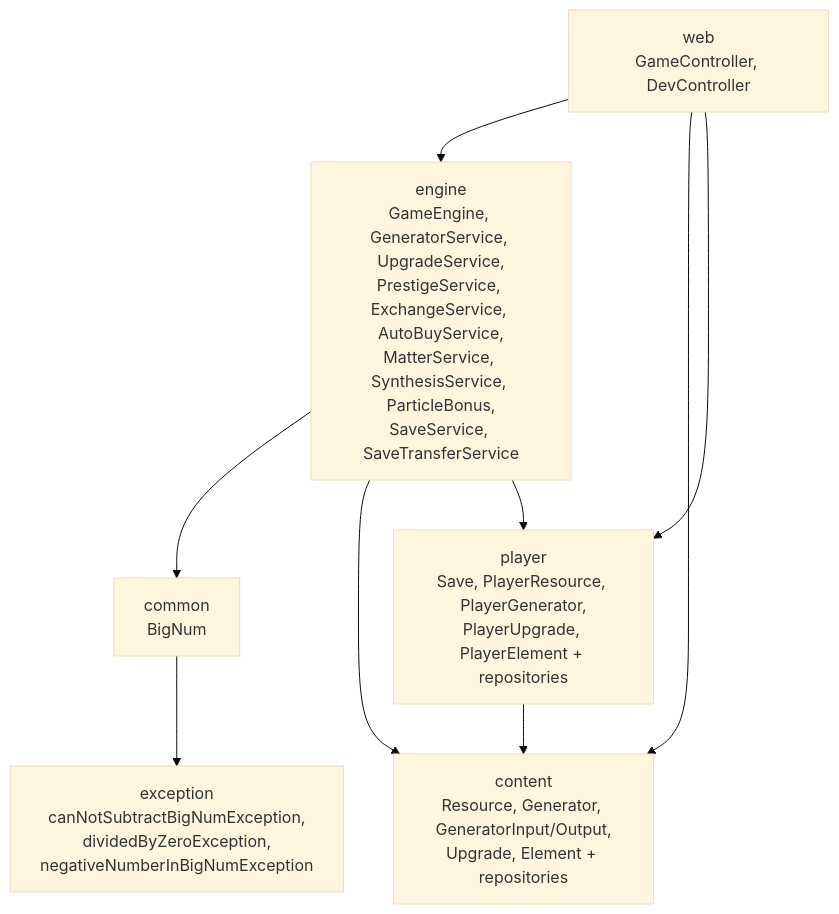
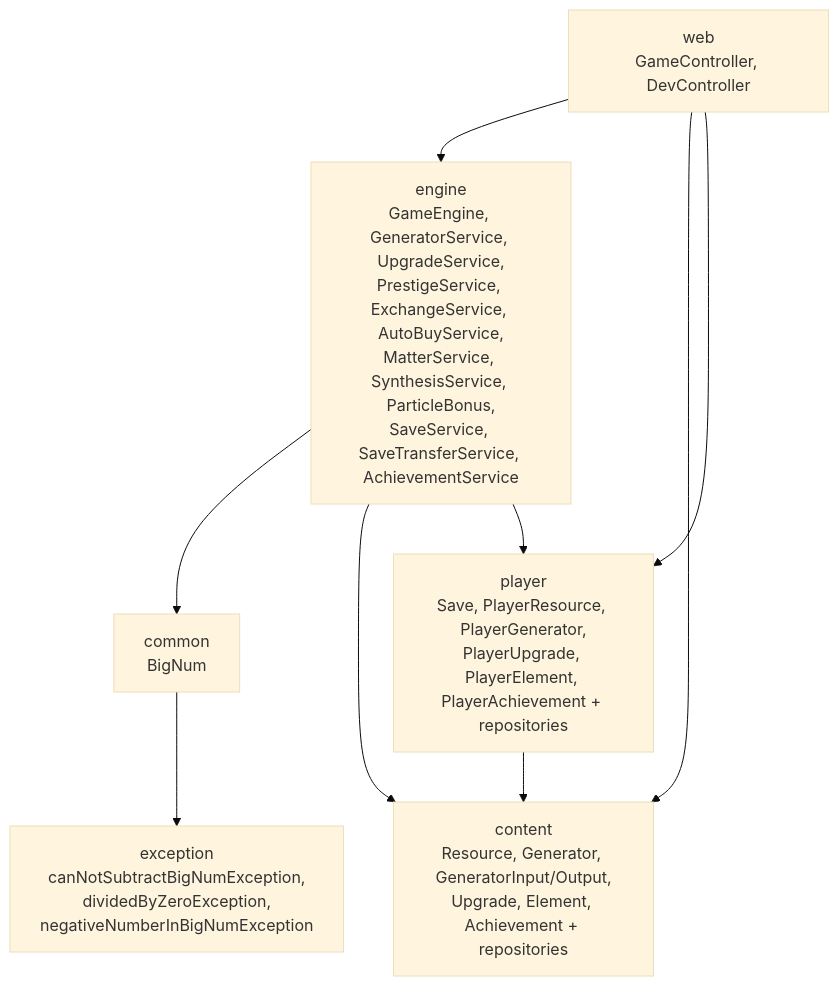
One commit to Whandthow/Periodic_Idle changed the diagram in CLAUDE.md. Above: the diagram before and after it, drawn with Mermaid (base theme). The commit also changed other lines of this file and 13 other files, not shown here.

````diff
--- a/CLAUDE.md
+++ b/CLAUDE.md
@@ -53,17 +53,17 @@
 ```mermaid
 graph TD
     web["web<br/>GameController, DevController"] --> engine
     web --> content
     web --> player
 
-    engine["engine<br/>GameEngine, GeneratorService, UpgradeService,<br/>PrestigeService, ExchangeService, AutoBuyService,<br/>MatterService, SynthesisService, ParticleBonus,<br/>SaveService, SaveTransferService"] --> common
+    engine["engine<br/>GameEngine, GeneratorService, UpgradeService,<br/>PrestigeService, ExchangeService, AutoBuyService,<br/>MatterService, SynthesisService, ParticleBonus,<br/>SaveService, SaveTransferService, AchievementService"] --> common
     engine --> content
     engine --> player
 
-    player["player<br/>Save, PlayerResource, PlayerGenerator,<br/>PlayerUpgrade, PlayerElement + repositories"] --> content
+    player["player<br/>Save, PlayerResource, PlayerGenerator,<br/>PlayerUpgrade, PlayerElement, PlayerAchievement + repositories"] --> content
 
-    content["content<br/>Resource, Generator, GeneratorInput/Output,<br/>Upgrade, Element + repositories"]
+    content["content<br/>Resource, Generator, GeneratorInput/Output,<br/>Upgrade, Element, Achievement + repositories"]
 
     common["common<br/>BigNum"] --> exception
     exception["exception<br/>canNotSubtractBigNumException,<br/>dividedByZeroException,<br/>negativeNumberInBigNumException"]
 ```
````
